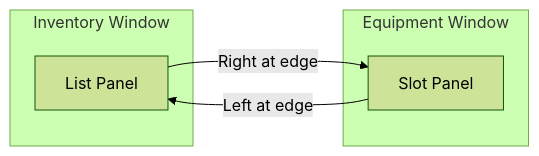
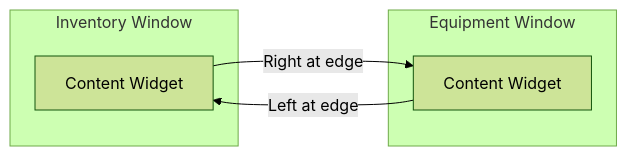
The seventh of 8 diagrams in outliyr-framework/docs/base-lyra-modified/ui/item-container-ui-system/core-architecture-and-data-structures/the-window-model.md (outliyr/outliyr-docs), drawn with Mermaid (forest theme) before and after one commit. The commit also changed other lines of this file and 33 other files, not shown here.

````diff
--- a/outliyr-framework/docs/base-lyra-modified/ui/item-container-ui-system/core-architecture-and-data-structures/the-window-model.md
+++ b/outliyr-framework/docs/base-lyra-modified/ui/item-container-ui-system/core-architecture-and-data-structures/the-window-model.md
@@ -247,13 +257,13 @@
 ```mermaid
 flowchart LR
     subgraph Win1 ["Inventory Window"]
-        P1[List Panel]
+        C1[Content Widget]
     end
 
     subgraph Win2 ["Equipment Window"]
-        P2[Slot Panel]
+        C2[Content Widget]
     end
 
-    P1 -->|"Right at edge"| P2
-    P2 -->|"Left at edge"| P1
+    C1 -->|"Right at edge"| C2
+    C2 -->|"Left at edge"| C1
 ```
````
